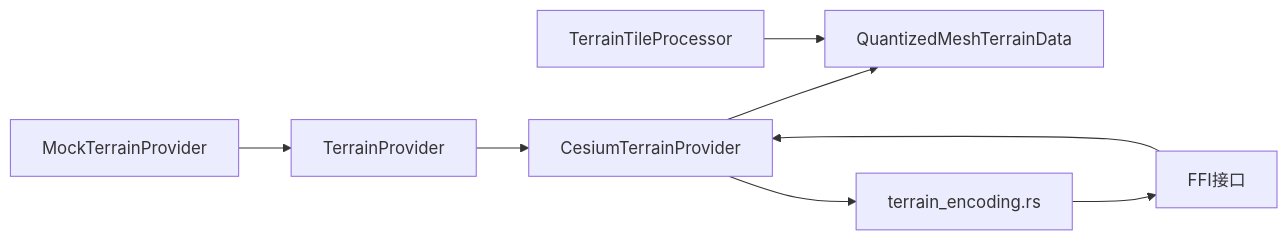
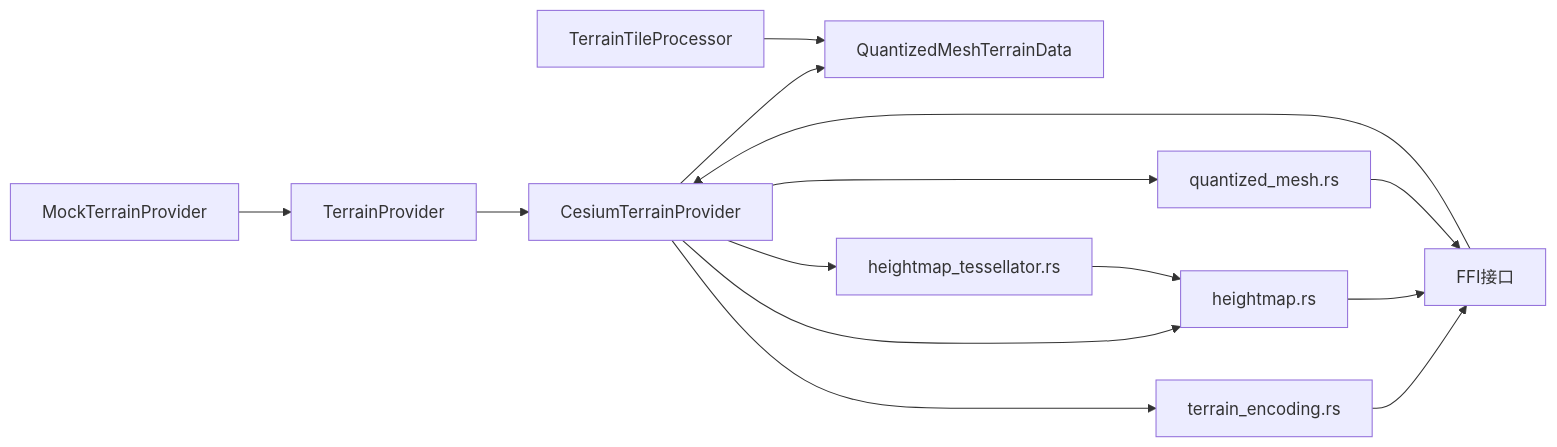
The seventh of 7 diagrams in .qoder/repowiki/zh/content/项目概述/核心特性/地形与影像系统/地形数据提供者系统.md (rzhangjing/cesium), drawn with Mermaid before and after one commit. The commit also changed other lines of this file and 32 other files, not shown here.

````diff
--- a/.qoder/repowiki/zh/content/项目概述/核心特性/地形与影像系统/地形数据提供者系统.md
+++ b/.qoder/repowiki/zh/content/项目概述/核心特性/地形与影像系统/地形数据提供者系统.md
@@ -374,10 +475,16 @@
 ```mermaid
 graph LR
 TP["TerrainProvider"] --> CT["CesiumTerrainProvider"]
 CT --> QM["QuantizedMeshTerrainData"]
 CT --> TE["terrain_encoding.rs"]
+CT --> HT["heightmap_tessellator.rs"]
+CT --> HM["heightmap.rs"]
+CT --> QMRS["quantized_mesh.rs"]
 TE --> FFI["FFI接口"]
+HT --> HM
+HM --> FFI
+QMRS --> FFI
 FFI --> CT
 MTP["MockTerrainProvider"] --> TP
 TTP["TerrainTileProcessor"] --> QM
 ```
````
